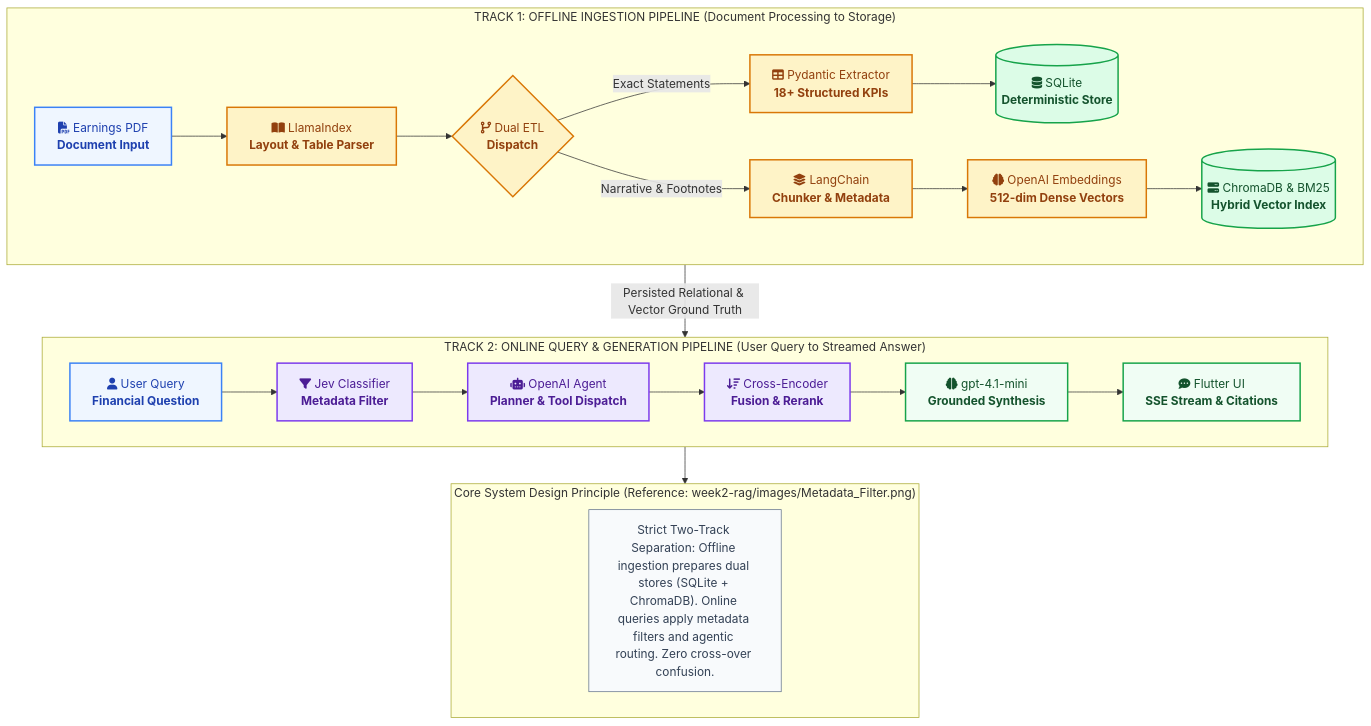
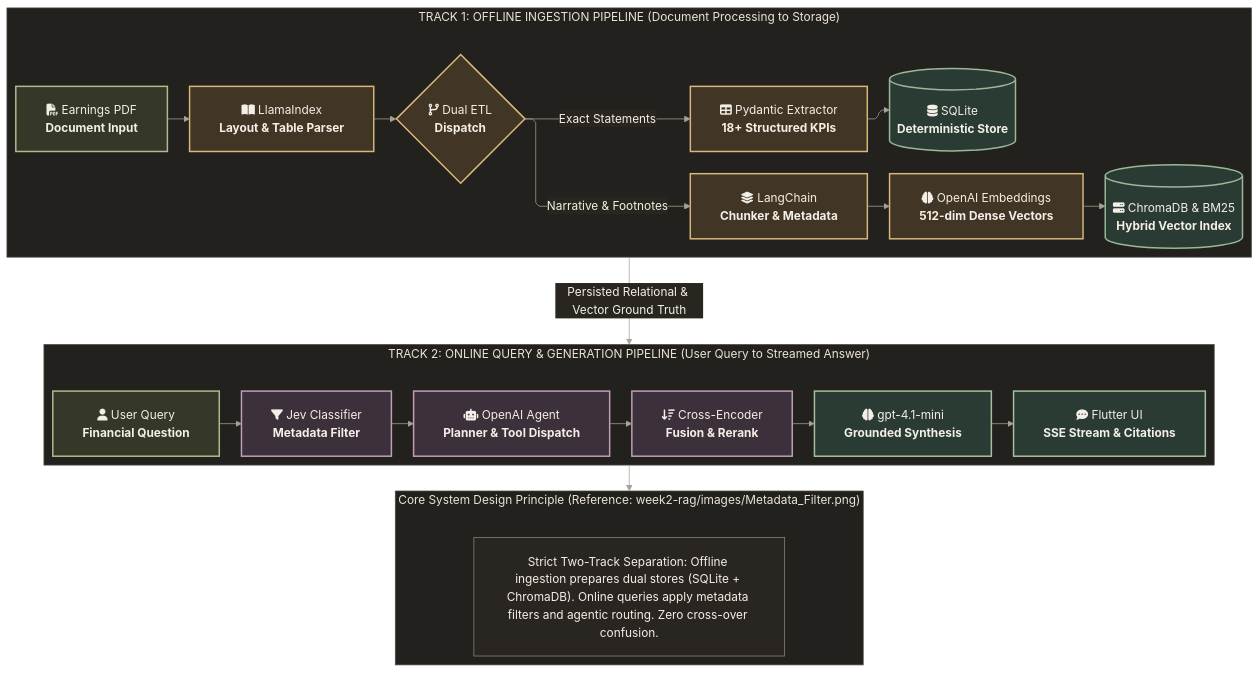
One commit to tarunkhurana2015/ai-certification-gen-academy changed the third of 10 diagrams in week2-project-stock-ai-analyzer/ARCHITECTURE.md. Above: the diagram before and after it, drawn with Mermaid. The commit also changed other lines of this file and 22 other files, not shown here.

Commit message:
modified diagrams

````diff
--- a/week2-project-stock-ai-analyzer/ARCHITECTURE.md
+++ b/week2-project-stock-ai-analyzer/ARCHITECTURE.md
@@ -183,47 +214,51 @@
 ```mermaid
+%%{init: {"theme":"base","themeVariables":{"darkMode":true,"background":"#191816","primaryColor":"#34302A","primaryTextColor":"#F4EFE6","primaryBorderColor":"#C6AA76","secondaryColor":"#3C303B","secondaryTextColor":"#F4EFE6","secondaryBorderColor":"#BC9AAF","tertiaryColor":"#293B32","tertiaryTextColor":"#F4EFE6","tertiaryBorderColor":"#99B89B","lineColor":"#AAA294","textColor":"#F4EFE6","mainBkg":"#34302A","clusterBkg":"#22211E","clusterBorder":"#514B41","titleColor":"#ECE3D5","edgeLabelBackground":"#292620","actorBkg":"#34302A","actorBorder":"#C6AA76","actorTextColor":"#F4EFE6","actorLineColor":"#8F8679","signalColor":"#D6BA87","signalTextColor":"#ECE3D5","labelBoxBkgColor":"#3C303B","labelBoxBorderColor":"#BC9AAF","labelTextColor":"#F4EFE6","loopTextColor":"#E0CEDB","noteBkgColor":"#413526","noteTextColor":"#F1DEC0","noteBorderColor":"#D7B77A","activationBkgColor":"#293B32","activationBorderColor":"#99B89B","sequenceNumberColor":"#191816","fontFamily":"Arial, Helvetica, sans-serif","fontSize":"16px"},"themeCSS":"& { background-color: #191816; } .node rect, .node polygon, .node path, .node circle { stroke-width: 1.5px; } .node rect { rx: 9px; ry: 9px; } .cluster rect { rx: 12px; ry: 12px; } .cluster-label span { font-weight: 600; } .edgeLabel { color: #E9DECC; } .flowchart-link { stroke-width: 1.5px; } text, .label, .nodeLabel, .cluster-label, .edgeLabel, foreignObject, p, span { font-family: Arial, Helvetica, sans-serif !important; }","layout":"elk","elk":{"mergeEdges":true,"nodePlacementStrategy":"NETWORK_SIMPLEX","cycleBreakingStrategy":"GREEDY","forceNodeModelOrder":false},"flowchart":{"curve":"linear","nodeSpacing":36,"rankSpacing":64,"padding":20,"wrappingWidth":340,"useMaxWidth":true,"htmlLabels":true}}}%%
 flowchart TB
-    classDef doc fill:#EFF6FF,stroke:#3B82F6,stroke-width:2px,color:#1E40AF
-    classDef ingest fill:#FEF3C7,stroke:#D97706,stroke-width:2px,color:#92400E
-    classDef db fill:#DCFCE7,stroke:#16A34A,stroke-width:2px,color:#14532D
-    classDef agent fill:#EDE9FE,stroke:#7C3AED,stroke-width:2px,color:#4C1D95
-    classDef gen fill:#F0FDF4,stroke:#16A34A,stroke-width:2px,color:#14532D
-    classDef banner fill:#F8FAFC,stroke:#64748B,stroke-width:1px,color:#334155
+    classDef doc fill:#353829,stroke:#B1BB89,stroke-width:2px,color:#F4EFE6
+    classDef ingest fill:#413526,stroke:#D7B77A,stroke-width:2px,color:#F4EFE6
+    classDef db fill:#293B32,stroke:#99B89B,stroke-width:2px,color:#F4EFE6
+    classDef agent fill:#3C303B,stroke:#C1A0B7,stroke-width:2px,color:#F4EFE6
+    classDef gen fill:#293B32,stroke:#A8C0A0,stroke-width:2px,color:#F4EFE6
+    classDef banner fill:#292621,stroke:#8F8679,stroke-width:1px,color:#F4EFE6
 
     subgraph Track1["TRACK 1: OFFLINE INGESTION PIPELINE (Document Processing to Storage)"]
         direction LR
         PDF["fa:fa-file-pdf Earnings PDF<br/><b>Document Input</b>"]:::doc
         Parser["fa:fa-book-open LlamaIndex<br/><b>Layout & Table Parser</b>"]:::ingest
         Split{"fa:fa-code-branch Dual ETL<br/><b>Dispatch</b>"}:::ingest
         
         KPIExt["fa:fa-table Pydantic Extractor<br/><b>18+ Structured KPIs</b>"]:::ingest
         SQLiteStore[("fa:fa-database SQLite<br/><b>Deterministic Store</b>")]:::db
         
         ChunkExt["fa:fa-layer-group LangChain<br/><b>Chunker & Metadata</b>"]:::ingest
         EmbedModel["fa:fa-brain OpenAI Embeddings<br/><b>512-dim Dense Vectors</b>"]:::ingest
         ChromaStore[("fa:fa-server ChromaDB & BM25<br/><b>Hybrid Vector Index</b>")]:::db
 
         PDF --> Parser --> Split
         Split -->|Exact Statements| KPIExt --> SQLiteStore
         Split -->|Narrative & Footnotes| ChunkExt --> EmbedModel --> ChromaStore
     end
 
     subgraph Track2["TRACK 2: ONLINE QUERY & GENERATION PIPELINE (User Query to Streamed Answer)"]
         direction LR
         UQuery["fa:fa-user User Query<br/><b>Financial Question</b>"]:::doc
         JevClass["fa:fa-filter Jev Classifier<br/><b>Metadata Filter</b>"]:::agent
         AgentCore["fa:fa-robot OpenAI Agent<br/><b>Planner & Tool Dispatch</b>"]:::agent
         RAGFusion["fa:fa-sort-amount-down Cross-Encoder<br/><b>Fusion & Rerank</b>"]:::agent
         LLMGen["fa:fa-brain gpt-4.1-mini<br/><b>Grounded Synthesis</b>"]:::gen
         FinalStream["fa:fa-comment-dots Flutter UI<br/><b>SSE Stream & Citations</b>"]:::gen
 
         UQuery --> JevClass --> AgentCore --> RAGFusion --> LLMGen --> FinalStream
     end
 
     Track1 -->|Persisted Relational & Vector Ground Truth| Track2
     Track2 --> CorePrinciple
 
     subgraph CorePrinciple["Core System Design Principle (Reference: week2-rag/images/Metadata_Filter.png)"]
         direction LR
         BText["Strict Two-Track Separation: Offline ingestion prepares dual stores (SQLite + ChromaDB). Online queries apply metadata filters and agentic routing. Zero cross-over confusion."]:::banner
     end
+
+    classDef default fill:#34302A,stroke:#C6AA76,color:#F4EFE6
+    linkStyle default stroke:#AAA294
 ```
````
